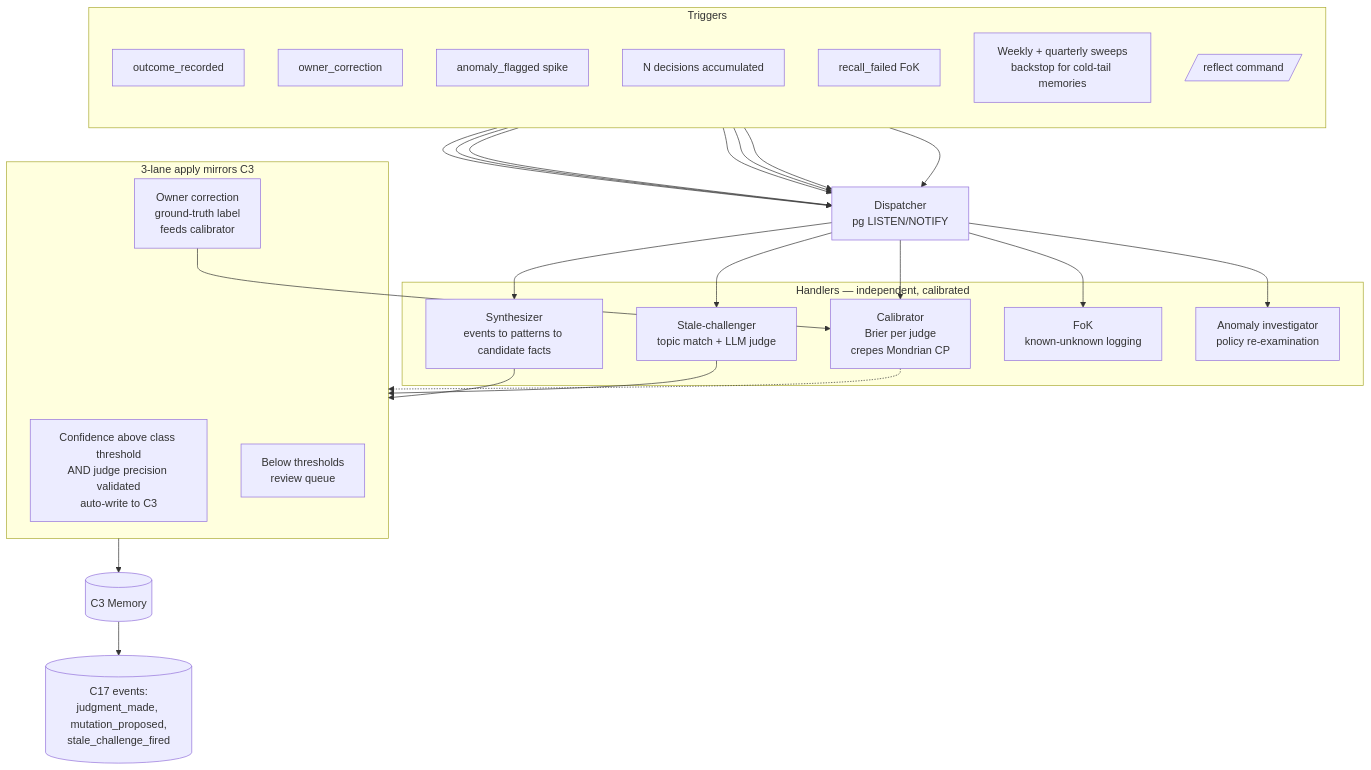
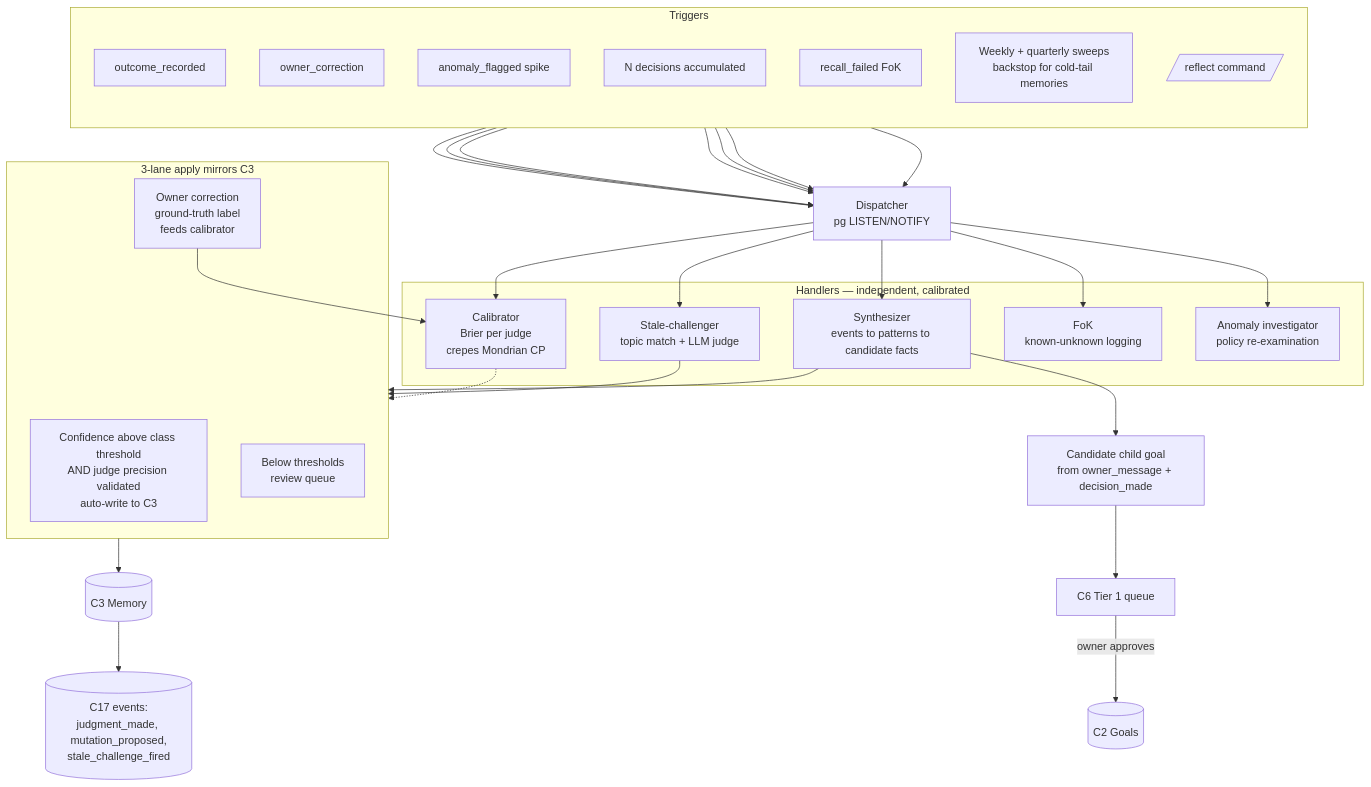
Before and after one commit to Osasuwu/jarvis: the fifth of 8 diagrams in docs/design/jarvis-flows.md, drawn with Mermaid. The commit also changed other lines of this file and 7 other files, not shown here.

````diff
--- a/docs/design/jarvis-flows.md
+++ b/docs/design/jarvis-flows.md
@@ -194,52 +209,56 @@
 ```mermaid
 flowchart TB
     subgraph TRIG[Triggers]
         direction TB
         ev_outcome[outcome_recorded]
         ev_correct[owner_correction]
         ev_anomaly[anomaly_flagged spike]
         ev_decision[N decisions accumulated]
         ev_recall_fail[recall_failed FoK]
         sweep[Weekly + quarterly sweeps<br/>backstop for cold-tail memories]
         invoke[/reflect command/]
     end
 
     disp[Dispatcher<br/>pg LISTEN/NOTIFY]
 
     subgraph HAND[Handlers — independent, calibrated]
         synth[Synthesizer<br/>events to patterns to candidate facts]
         stale[Stale-challenger<br/>topic match + LLM judge]
         calib[Calibrator<br/>Brier per judge<br/>crepes Mondrian CP]
         fok[FoK<br/>known-unknown logging]
         anom[Anomaly investigator<br/>policy re-examination]
     end
 
     subgraph APPLY[3-lane apply mirrors C3]
         lane1[Confidence above class threshold<br/>AND judge precision validated<br/>auto-write to C3]
         lane2[Below thresholds<br/>review queue]
         lane3[Owner correction<br/>ground-truth label<br/>feeds calibrator]
     end
 
     ev_outcome --> disp
     ev_correct --> disp
     ev_anomaly --> disp
     ev_decision --> disp
     ev_recall_fail --> disp
     sweep --> disp
     invoke --> disp
 
     disp --> synth
     disp --> stale
     disp --> calib
     disp --> fok
     disp --> anom
 
     synth --> APPLY
     stale --> APPLY
     calib -.-> APPLY
 
     APPLY --> c3[(C3 Memory)]
     lane3 --> calib
 
+    synth --> goalcand[Candidate child goal<br/>from owner_message + decision_made]
+    goalcand --> c6q[C6 Tier 1 queue]
+    c6q -->|owner approves| c2[(C2 Goals)]
+
     c3 --> events[(C17 events:<br/>judgment_made, mutation_proposed,<br/>stale_challenge_fired)]
 ```
````
